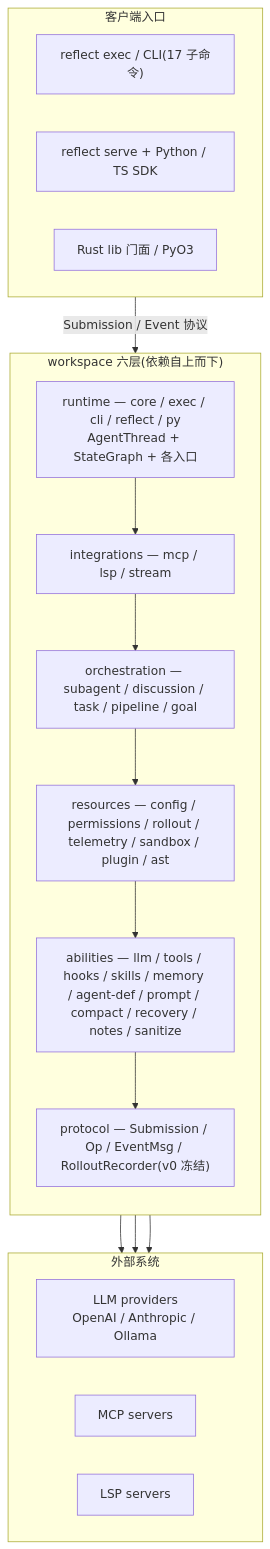
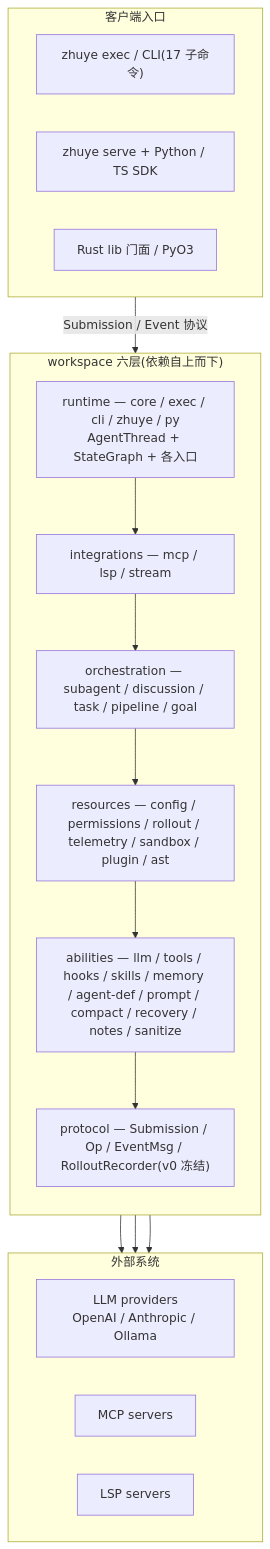
The first of 2 diagrams in README.md (Asketisch/Reflect-Agent), drawn with Mermaid before and after one commit. The commit also changed other lines of this file and 1007 other files, not shown here.

````diff
--- a/README.md
+++ b/README.md
@@ -50,36 +50,36 @@
 ```mermaid
 flowchart TB
     subgraph clients["客户端入口"]
         direction LR
-        EXEC["reflect exec / CLI(17 子命令)"]
-        SERVE["reflect serve + Python / TS SDK"]
+        EXEC["zhuye exec / CLI(17 子命令)"]
+        SERVE["zhuye serve + Python / TS SDK"]
         LIB["Rust lib 门面 / PyO3"]
     end
 
     subgraph layers["workspace 六层(依赖自上而下)"]
         direction TB
-        RT["runtime — core / exec / cli / reflect / py<br/>AgentThread + StateGraph + 各入口"]
+        RT["runtime — core / exec / cli / zhuye / py<br/>AgentThread + StateGraph + 各入口"]
         IG["integrations — mcp / lsp / stream"]
         ORCH["orchestration — subagent / discussion / task / pipeline / goal"]
         RES["resources — config / permissions / rollout / telemetry / sandbox / plugin / ast"]
         AB["abilities — llm / tools / hooks / skills / memory / agent-def / prompt / compact / recovery / notes / sanitize"]
         PR["protocol — Submission / Op / EventMsg / RolloutRecorder(v0 冻结)"]
         RT --> IG
         IG --> ORCH
         ORCH --> RES
         RES --> AB
         AB --> PR
     end
 
     subgraph external["外部系统"]
         direction LR
         LLM["LLM providers<br/>OpenAI / Anthropic / Ollama"]
         MCP["MCP servers"]
         LSP["LSP servers"]
     end
 
     clients -->|"Submission / Event 协议"| RT
     RT --> LLM
     IG --> MCP
     IG --> LSP
 ```
````
